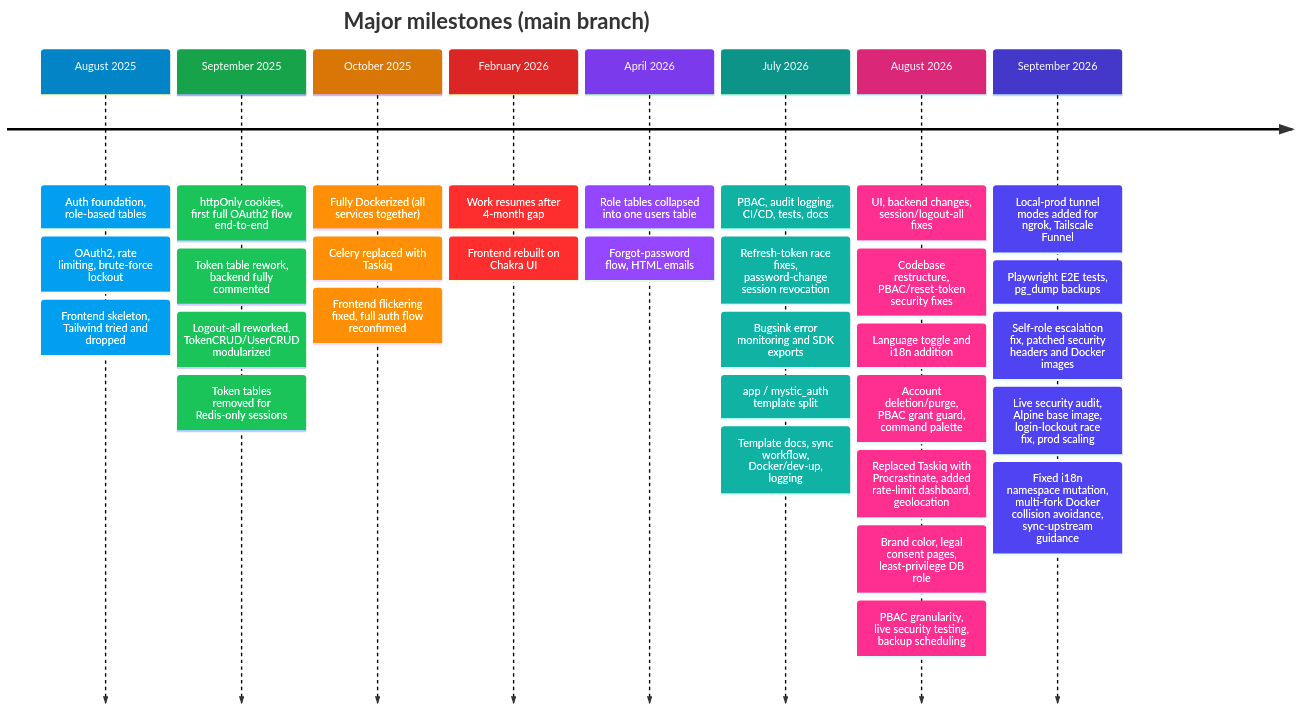
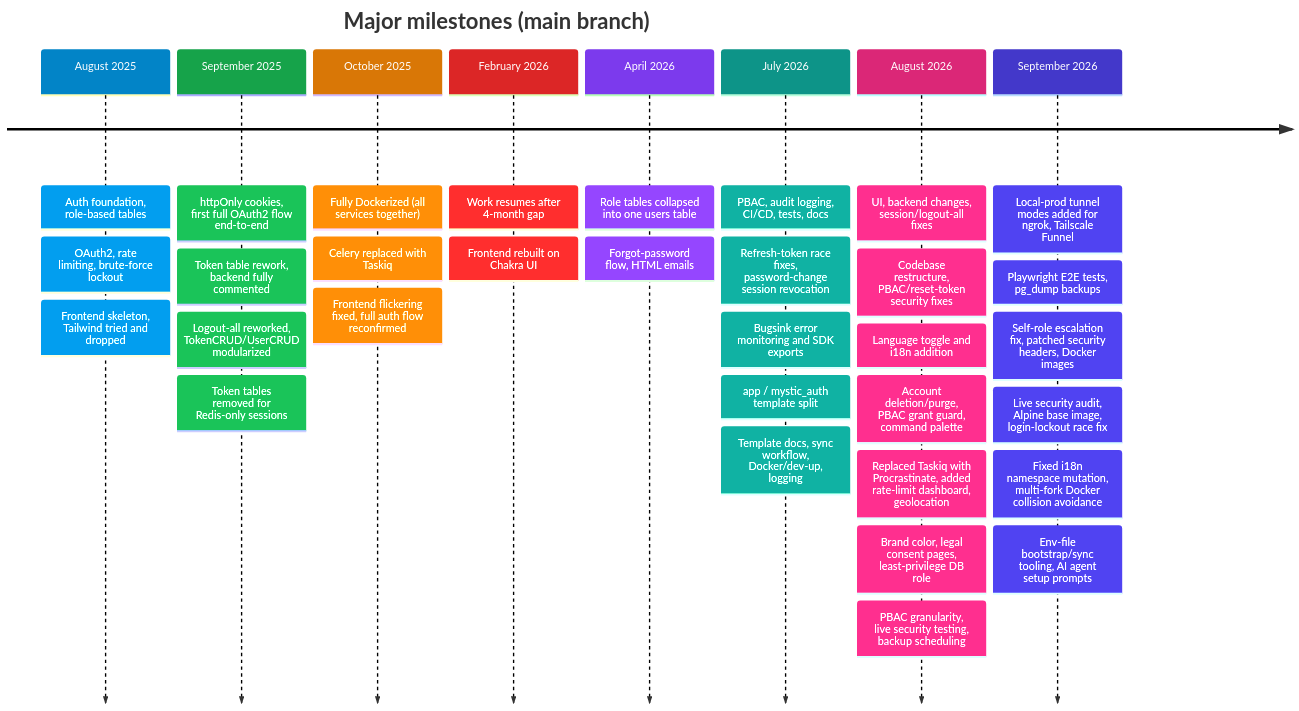
One commit to Nachiket-2024/mystic-auth changed the diagram in docs/mystic_auth/project-story/timeline/README.md. Above: the diagram before and after it, drawn with Mermaid. The commit also changed other lines of this file and 167 other files, not shown here.

````diff
--- a/docs/mystic_auth/project-story/timeline/README.md
+++ b/docs/mystic_auth/project-story/timeline/README.md
@@ -34,36 +34,37 @@
 ```mermaid
 %%{init: {"themeVariables":{"fontSize":"16px","lineColor":"#334155","cScale0":"#0284c7","cScale1":"#16a34a","cScale2":"#d97706","cScale3":"#dc2626","cScale4":"#7c3aed","cScale5":"#0d9488","cScale6":"#db2777","cScale7":"#4338ca","cScaleLabel0":"#ffffff","cScaleLabel1":"#ffffff","cScaleLabel2":"#ffffff","cScaleLabel3":"#ffffff","cScaleLabel4":"#ffffff","cScaleLabel5":"#ffffff","cScaleLabel6":"#ffffff","cScaleLabel7":"#ffffff"}} }%%
 timeline
     title Major milestones (main branch)
     August 2025: Auth foundation, role-based tables
                 : OAuth2, rate limiting, brute-force lockout
                 : Frontend skeleton, Tailwind tried and dropped
     September 2025: httpOnly cookies, first full OAuth2 flow end-to-end
                    : Token table rework, backend fully commented
                    : Logout-all reworked, TokenCRUD/UserCRUD modularized
                    : Token tables removed for Redis-only sessions
     October 2025: Fully Dockerized (all services together)
                  : Celery replaced with Taskiq
                  : Frontend flickering fixed, full auth flow reconfirmed
     February 2026: Work resumes after 4-month gap
                   : Frontend rebuilt on Chakra UI
     April 2026: Role tables collapsed into one users table
                : Forgot-password flow, HTML emails
     July 2026: PBAC, audit logging, CI/CD, tests, docs
               : Refresh-token race fixes, password-change session revocation
               : Bugsink error monitoring and SDK exports
               : app / mystic_auth template split
               : Template docs, sync workflow, Docker/dev-up, logging
     August 2026: UI, backend changes, session/logout-all fixes
                 : Codebase restructure, PBAC/reset-token security fixes
                 : Language toggle and i18n addition
                 : Account deletion/purge, PBAC grant guard, command palette
                 : Replaced Taskiq with Procrastinate, added rate-limit dashboard, geolocation
                 : Brand color, legal consent pages, least-privilege DB role
                 : PBAC granularity, live security testing, backup scheduling
     September 2026: Local-prod tunnel modes added for ngrok, Tailscale Funnel
                    : Playwright E2E tests, pg_dump backups
-                   : Self-role escalation fix, patched security headers and Docker images
-                   : Live security audit, Alpine base image, login-lockout race fix, prod scaling
-                   : Fixed i18n namespace mutation, multi-fork Docker collision avoidance, sync-upstream guidance
+                   : Self-role escalation fix, patched security headers, Docker images
+                   : Live security audit, Alpine base image, login-lockout race fix
+                   : Fixed i18n namespace mutation, multi-fork Docker collision avoidance
+                   : Env-file bootstrap/sync tooling, AI agent setup prompts
 ```
````
